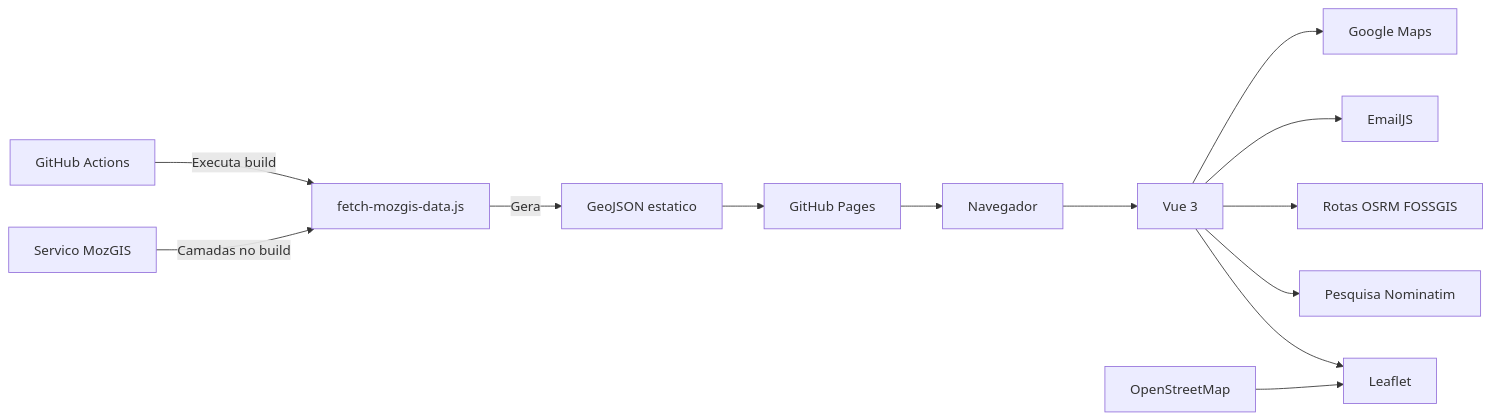
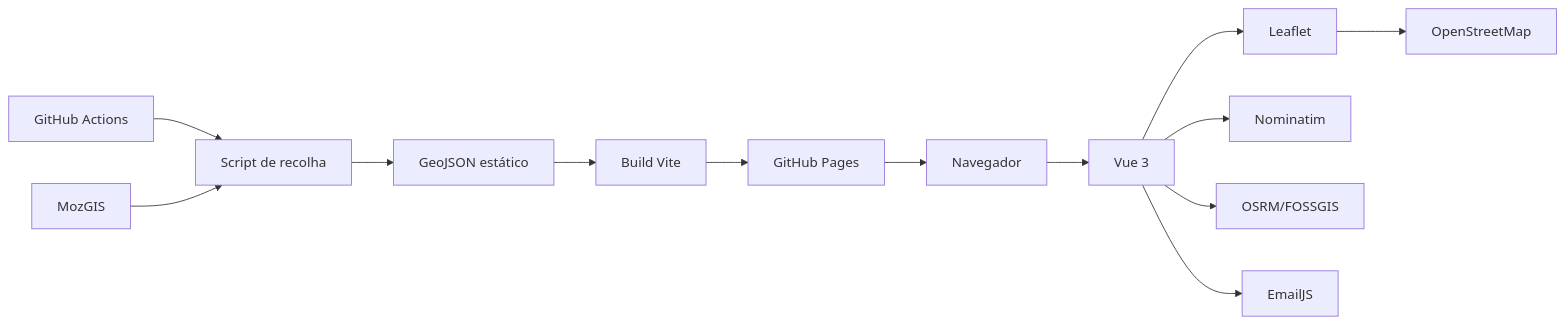
The diagram in README.md (jrdimande/hospital-finder), drawn with Mermaid before and after one commit. The commit also changed other lines of this file, not shown here.

````diff
--- a/README.md
+++ b/README.md
@@ -94,15 +68,15 @@
 ```mermaid
 flowchart LR
-    MozGIS[Servico MozGIS] -->|Camadas no build| Fetch[fetch-mozgis-data.js]
-    Fetch -->|Gera| GeoJSON[GeoJSON estatico]
-    Actions[GitHub Actions] -->|Executa build| Fetch
-    GeoJSON --> Pages[GitHub Pages]
-    Pages --> Browser[Navegador]
-    Browser --> Vue[Vue 3]
-    Vue --> Leaflet[Leaflet]
-    OSM[OpenStreetMap] --> Leaflet
-    Vue --> Nominatim[Pesquisa Nominatim]
-    Vue --> OSRM[Rotas OSRM FOSSGIS]
-    Vue --> EmailJS[EmailJS]
-    Vue --> GoogleMaps[Google Maps]
+    A[GitHub Actions] --> B[Script de recolha]
+    B --> C[GeoJSON estático]
+    C --> D[Build Vite]
+    D --> E[GitHub Pages]
+    F[MozGIS] --> B
+    E --> G[Navegador]
+    G --> H[Vue 3]
+    H --> I[Leaflet]
+    I --> J[OpenStreetMap]
+    H --> K[Nominatim]
+    H --> L[OSRM/FOSSGIS]
+    H --> M[EmailJS]
 ```
````
